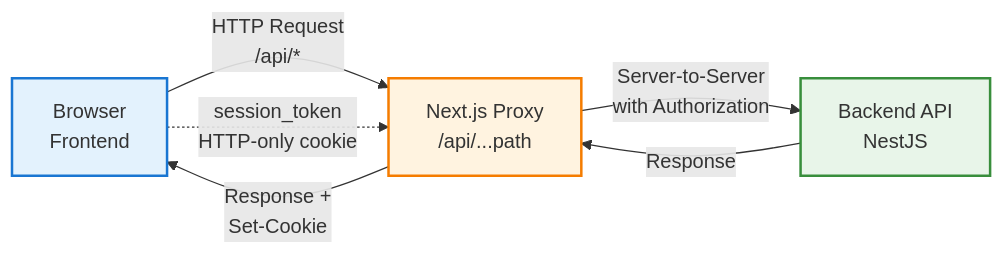
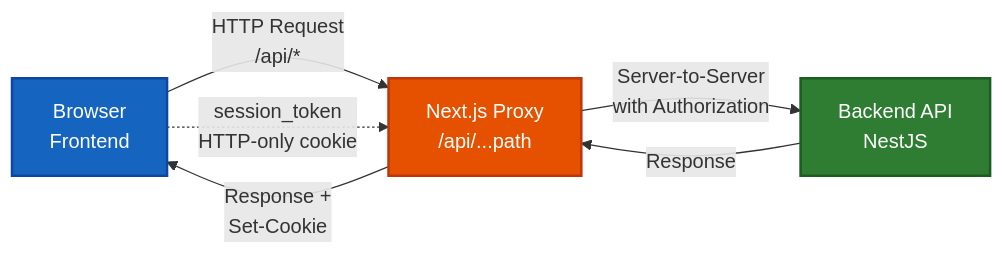
The first of 7 diagrams in API_PROXY_GUIDE.md (kisstamasj/nestjs-nextjs-api-proxy), drawn with Mermaid before and after one commit. The commit also changed other lines of this file, not shown here.

Commit message:
docs: Enhance mermaid diagram readability by updating styles to use darker colors and white text.

````diff
--- a/API_PROXY_GUIDE.md
+++ b/API_PROXY_GUIDE.md
@@ -32,12 +32,12 @@
 ```mermaid
 graph LR
     A[Browser<br/>Frontend] -->|HTTP Request<br/>/api/*| B[Next.js Proxy<br/>/api/...path]
     B -->|Server-to-Server<br/>with Authorization| C[Backend API<br/>NestJS]
     C -->|Response| B
     B -->|Response +<br/>Set-Cookie| A
     A -.->|session_token<br/>HTTP-only cookie| B
     
-    style A fill:#e3f2fd,stroke:#1976d2,stroke-width:2px
-    style B fill:#fff3e0,stroke:#f57c00,stroke-width:2px
-    style C fill:#e8f5e9,stroke:#388e3c,stroke-width:2px
+    style A fill:#1565c0,stroke:#0d47a1,stroke-width:2px,color:#fff
+    style B fill:#e65100,stroke:#bf360c,stroke-width:2px,color:#fff
+    style C fill:#2e7d32,stroke:#1b5e20,stroke-width:2px,color:#fff
 ```
````
